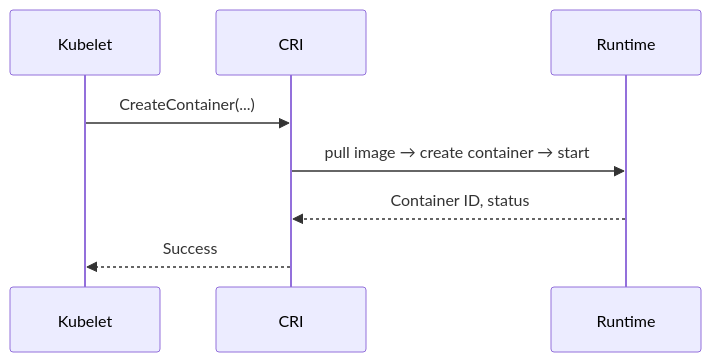
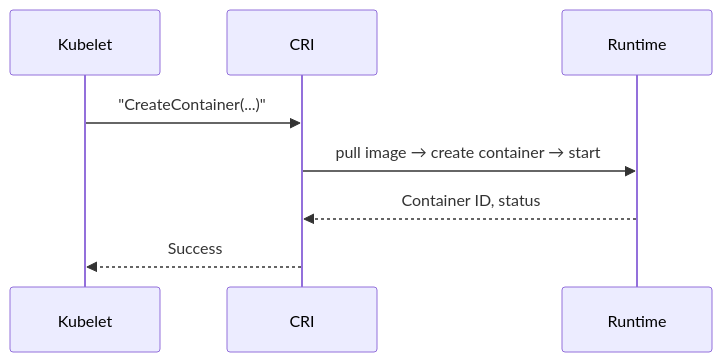
The second of 2 diagrams in 02-architecture/container-runtimes.md (WhoisMonesh/K8S-Everything), drawn with Mermaid before and after one commit. The commit also changed 62 other files, not shown here.

First line of the commit message:
Fix all Mermaid diagrams for GitHub compatibility

````diff
--- a/02-architecture/container-runtimes.md
+++ b/02-architecture/container-runtimes.md
@@ -65,7 +65,7 @@
 ```mermaid
 sequenceDiagram
-    Kubelet->>CRI: CreateContainer(...)
+    Kubelet->>CRI: "CreateContainer(...)"
     CRI->>Runtime: pull image → create container → start
     Runtime-->>CRI: Container ID, status
     CRI-->>Kubelet: Success
 ```
````
